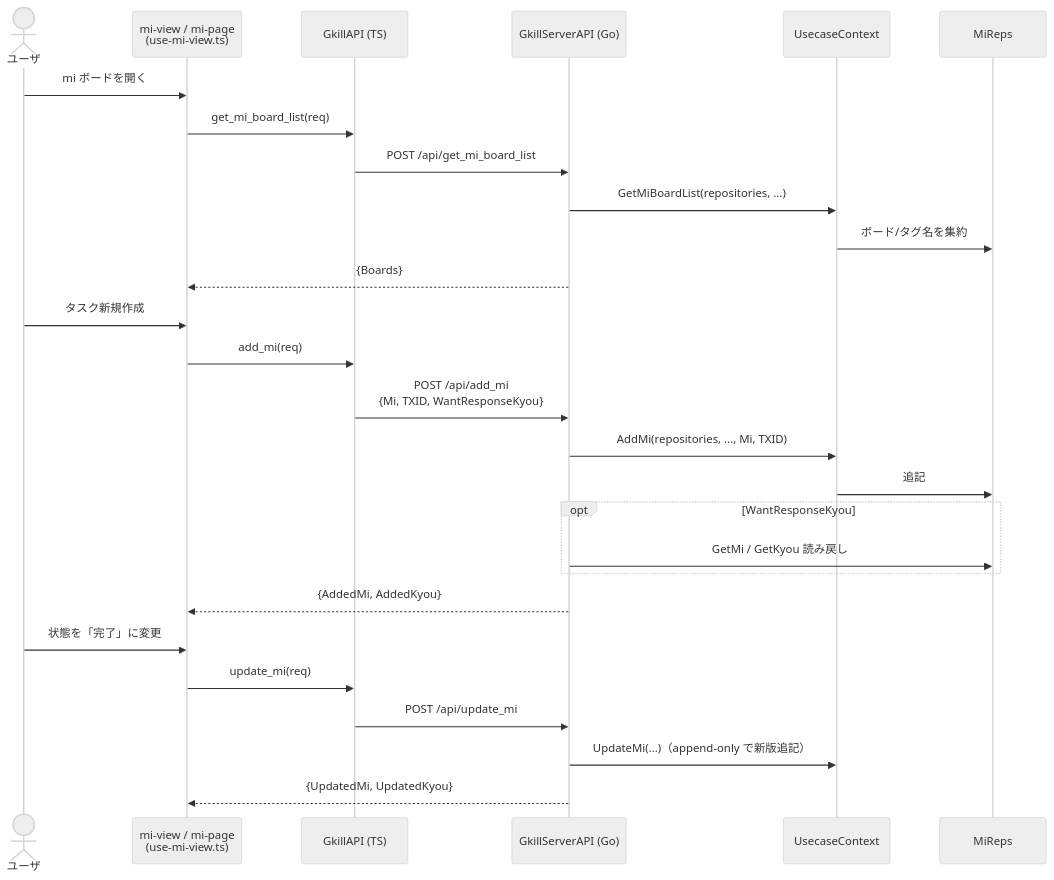
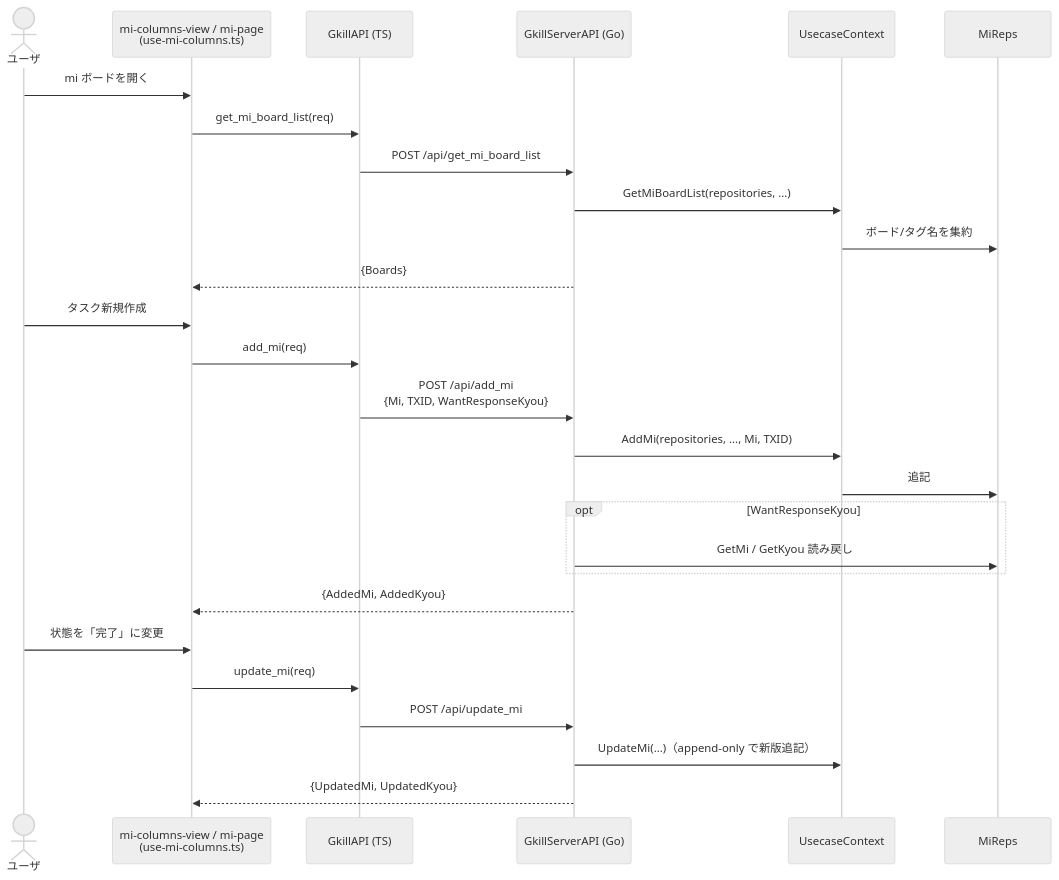
Diagram 11 of 25 in documents/reverse/scenario.md (mt3hr/gkill), drawn with Mermaid (neutral theme) before and after one commit. The commit also changed 47 other files, not shown here.

````diff
--- a/documents/reverse/scenario.md
+++ b/documents/reverse/scenario.md
@@ -379,32 +379,32 @@
 ```mermaid
 sequenceDiagram
     actor User as ユーザ
-    participant View as mi-view / mi-page<br>(use-mi-view.ts)
+    participant View as mi-columns-view / mi-page<br>(use-mi-columns.ts)
     participant GkillAPI as GkillAPI (TS)
     participant API as GkillServerAPI (Go)
     participant UC as UsecaseContext
     participant MRep as MiReps
 
     User->>View: mi ボードを開く
     View->>GkillAPI: get_mi_board_list(req)
     GkillAPI->>API: POST /api/get_mi_board_list
     API->>UC: GetMiBoardList(repositories, ...)
     UC->>MRep: ボード/タグ名を集約
     API-->>View: {Boards}
 
     User->>View: タスク新規作成
     View->>GkillAPI: add_mi(req)
     GkillAPI->>API: POST /api/add_mi<br>{Mi, TXID, WantResponseKyou}
     API->>UC: AddMi(repositories, ..., Mi, TXID)
     UC->>MRep: 追記
     opt WantResponseKyou
         API->>MRep: GetMi / GetKyou 読み戻し
     end
     API-->>View: {AddedMi, AddedKyou}
 
     User->>View: 状態を「完了」に変更
     View->>GkillAPI: update_mi(req)
     GkillAPI->>API: POST /api/update_mi
     API->>UC: UpdateMi(...)（append-only で新版追記）
     API-->>View: {UpdatedMi, UpdatedKyou}
 ```
````
